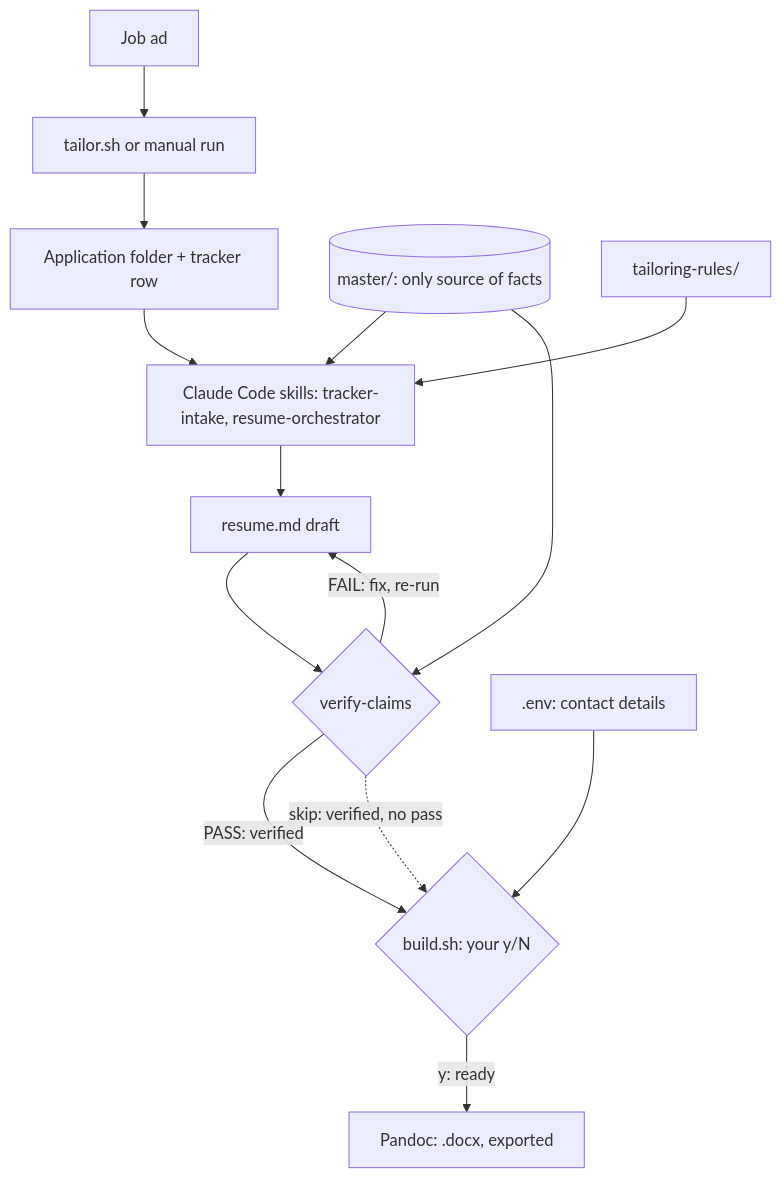
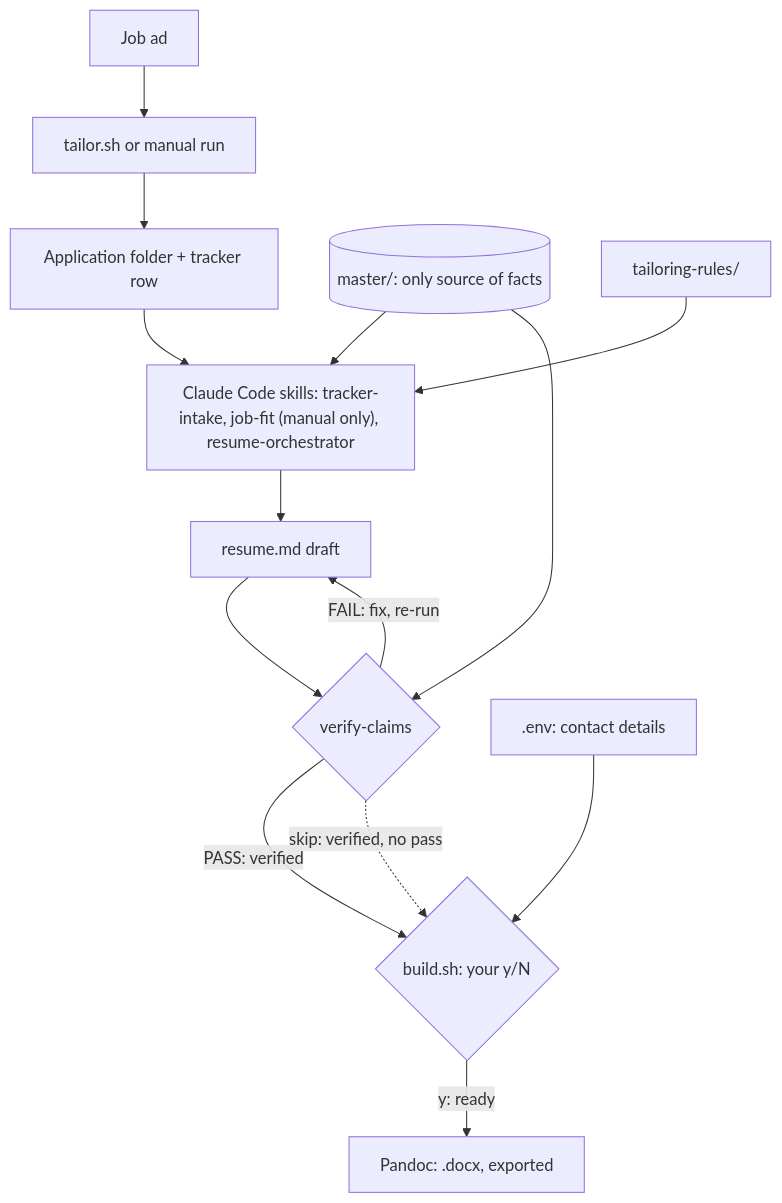
One commit to carriegale2710/resume-tailor changed the diagram in README.md. Above: the diagram before and after it, drawn with Mermaid. The commit also changed 1 other file, not shown here.

Commit message:
docs: point tracker-intake and architecture diagram at job-fit
Claude-Session: https://claude.ai/code/session_01Rjuxgjy4UuvRe2GV6XPb69

````diff
--- a/README.md
+++ b/README.md
@@ -49,16 +49,16 @@
 ```mermaid
 flowchart TD
     JD["Job ad"] --> T["tailor.sh or manual run"]
     T --> F["Application folder + tracker row"]
-    F --> S["Claude Code skills: tracker-intake, resume-orchestrator"]
+    F --> S["Claude Code skills: tracker-intake, job-fit (manual only), resume-orchestrator"]
     M[("master/: only source of facts")] --> S
     R["tailoring-rules/"] --> S
     S --> D["resume.md draft"]
     D --> V{"verify-claims"}
     M --> V
     V -->|"FAIL: fix, re-run"| D
     V -->|"PASS: verified"| B{"build.sh: your y/N"}
     V -.->|"skip: verified, no pass"| B
     E[".env: contact details"] --> B
     B -->|"y: ready"| X["Pandoc: .docx, exported"]
 ```
````
